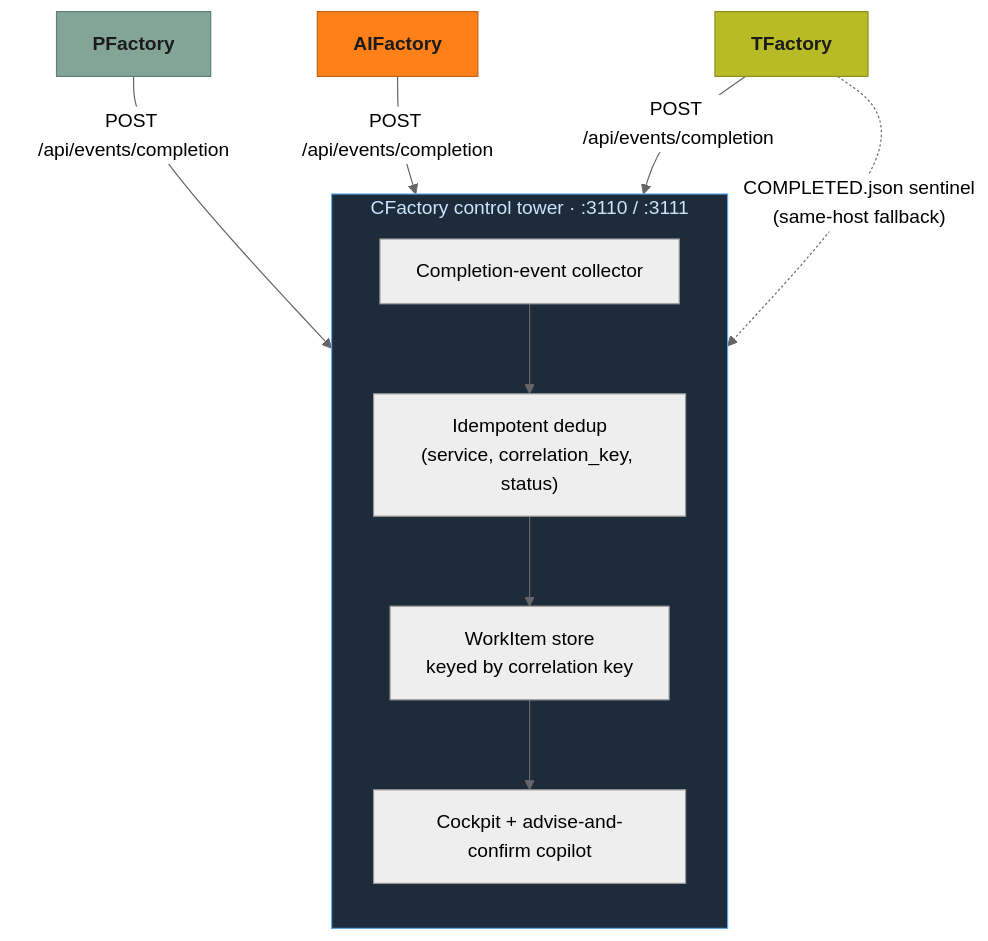
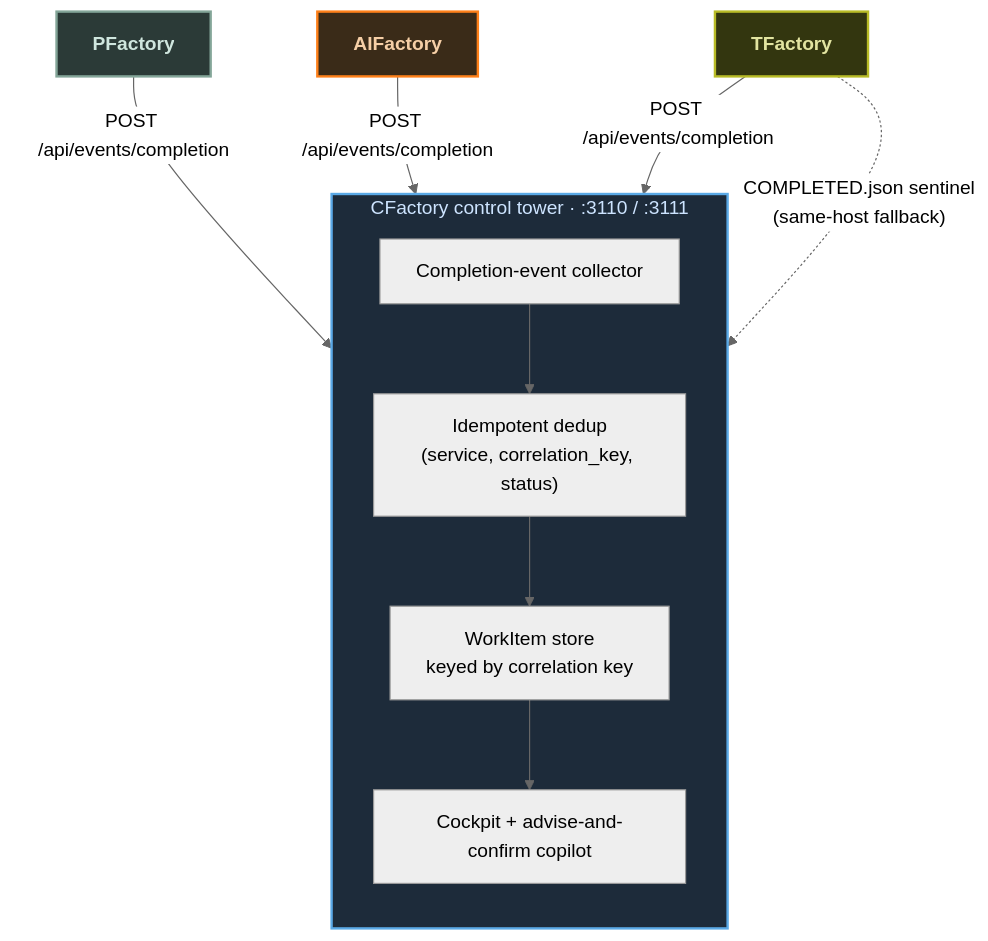
The second of 3 diagrams in docs/architecture.md (olafkfreund/Factory), drawn with Mermaid (neutral theme) before and after one commit. The commit also changed other lines of this file and 8 other files, not shown here.

First line of the commit message:
docs: dark-fill diagram nodes so text is readable on the live site (#236)

```diff
--- a/docs/architecture.md
+++ b/docs/architecture.md
@@ -71,26 +71,26 @@
 <div class="mermaid">
 flowchart TB
     PF["PFactory"] -- "POST /api/events/completion" --> COL
     AF["AIFactory"] -- "POST /api/events/completion" --> COL
     TF["TFactory"] -- "POST /api/events/completion" --> COL
     TF -. "COMPLETED.json sentinel<br/>(same-host fallback)" .-> COL
 
     subgraph CF["CFactory control tower · :3110 / :3111"]
         direction TB
         COL["Completion-event collector"]
         IDEM["Idempotent dedup<br/>(service, correlation_key, status)"]
         STORE["WorkItem store<br/>keyed by correlation key"]
         COCKPIT["Cockpit + advise-and-confirm copilot"]
         COL --> IDEM --> STORE --> COCKPIT
     end
 
-    classDef tower fill:#1d2b3a,stroke:#5aa9e6,color:#cde4ff;
+    classDef tower fill:#1d2b3a,stroke:#5aa9e6,stroke-width:2px,color:#cde4ff;
     class CF tower;
-    classDef pf fill:#83a598,stroke:#5f8175,color:#1b1b1b,font-weight:bold;
-    classDef af fill:#fe8019,stroke:#c4641a,color:#1b1b1b,font-weight:bold;
-    classDef tf fill:#b8bb26,stroke:#8d9020,color:#1b1b1b,font-weight:bold;
-    classDef cf fill:#fabd2f,stroke:#c69526,color:#1b1b1b,font-weight:bold;
+    classDef pf fill:#2b3a37,stroke:#83a598,stroke-width:2px,color:#cfe6de,font-weight:bold;
+    classDef af fill:#3a2b18,stroke:#fe8019,stroke-width:2px,color:#f6cfa6,font-weight:bold;
+    classDef tf fill:#33360f,stroke:#b8bb26,stroke-width:2px,color:#e2e4a0,font-weight:bold;
+    classDef cf fill:#3a3115,stroke:#fabd2f,stroke-width:2px,color:#f6dd98,font-weight:bold;
         class PF pf;
         class AF af;
         class TF tf;
 </div>
```
